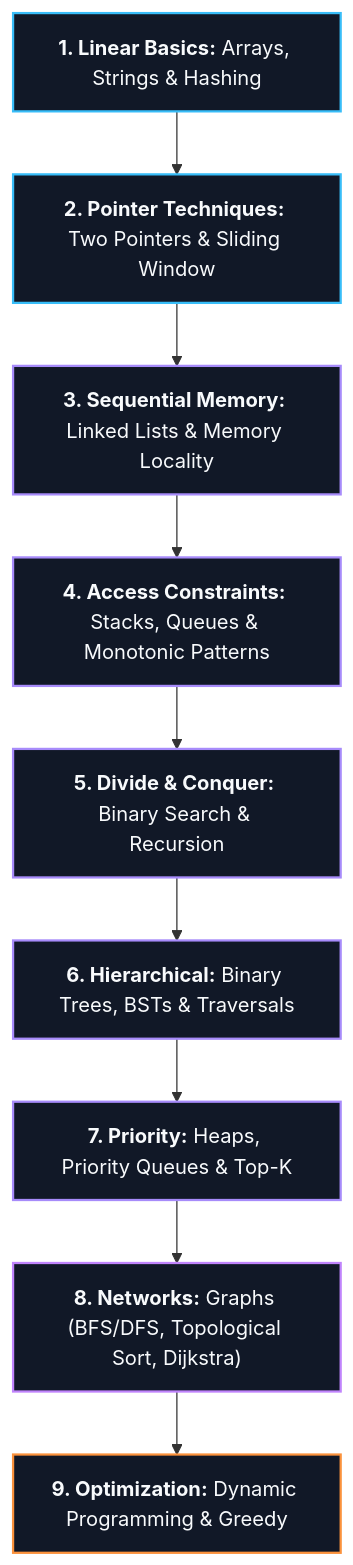
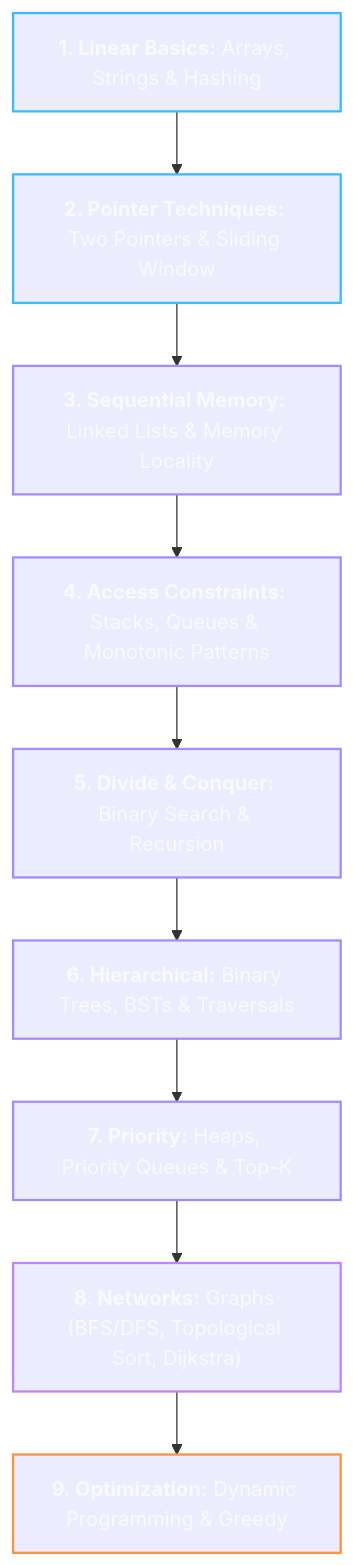
One commit to abhinavbharti2345/CS_Notes changed the diagram in BrainOS/02 - Foundations/DSA/DSA.md. Above: the diagram before and after it, drawn with Mermaid. The commit also changed 26 other files, not shown here.

Commit message:
feat: initialize BrainOS knowledge base with foundational curriculum and roadmap notes

````diff
--- a/BrainOS/02 - Foundations/DSA/DSA.md
+++ b/BrainOS/02 - Foundations/DSA/DSA.md
@@ -34,21 +34,21 @@
 ```mermaid
 flowchart TD
     A1["<b>1. Linear Basics:</b> Arrays, Strings & Hashing"] --> A2["<b>2. Pointer Techniques:</b> Two Pointers & Sliding Window"]
     A2 --> A3["<b>3. Sequential Memory:</b> Linked Lists & Memory Locality"]
     A3 --> A4["<b>4. Access Constraints:</b> Stacks, Queues & Monotonic Patterns"]
     A4 --> A5["<b>5. Divide & Conquer:</b> Binary Search & Recursion"]
     A5 --> A6["<b>6. Hierarchical:</b> Binary Trees, BSTs & Traversals"]
     A6 --> A7["<b>7. Priority:</b> Heaps, Priority Queues & Top-K"]
     A7 --> A8["<b>8. Networks:</b> Graphs (BFS/DFS, Topological Sort, Dijkstra)"]
     A8 --> A9["<b>9. Optimization:</b> Dynamic Programming & Greedy"]
 
-    style A1 fill:#111827,stroke:#38BDF8,stroke-width:1.8px,color:#F8FAFC
-    style A2 fill:#111827,stroke:#38BDF8,stroke-width:1.8px,color:#F8FAFC
-    style A3 fill:#111827,stroke:#A78BFA,stroke-width:1.8px,color:#F8FAFC
-    style A4 fill:#111827,stroke:#A78BFA,stroke-width:1.8px,color:#F8FAFC
-    style A5 fill:#111827,stroke:#A78BFA,stroke-width:1.8px,color:#F8FAFC
-    style A6 fill:#111827,stroke:#A78BFA,stroke-width:1.8px,color:#F8FAFC
-    style A7 fill:#111827,stroke:#A78BFA,stroke-width:1.8px,color:#F8FAFC
-    style A8 fill:#111827,stroke:#C084FC,stroke-width:1.8px,color:#F8FAFC
-    style A9 fill:#111827,stroke:#FB923C,stroke-width:1.8px,color:#F8FAFC
+    style A1 stroke:#38BDF8,stroke-width:1.8px,color:#F8FAFC
+    style A2 stroke:#38BDF8,stroke-width:1.8px,color:#F8FAFC
+    style A3 stroke:#A78BFA,stroke-width:1.8px,color:#F8FAFC
+    style A4 stroke:#A78BFA,stroke-width:1.8px,color:#F8FAFC
+    style A5 stroke:#A78BFA,stroke-width:1.8px,color:#F8FAFC
+    style A6 stroke:#A78BFA,stroke-width:1.8px,color:#F8FAFC
+    style A7 stroke:#A78BFA,stroke-width:1.8px,color:#F8FAFC
+    style A8 stroke:#C084FC,stroke-width:1.8px,color:#F8FAFC
+    style A9 stroke:#FB923C,stroke-width:1.8px,color:#F8FAFC
 ```
````
